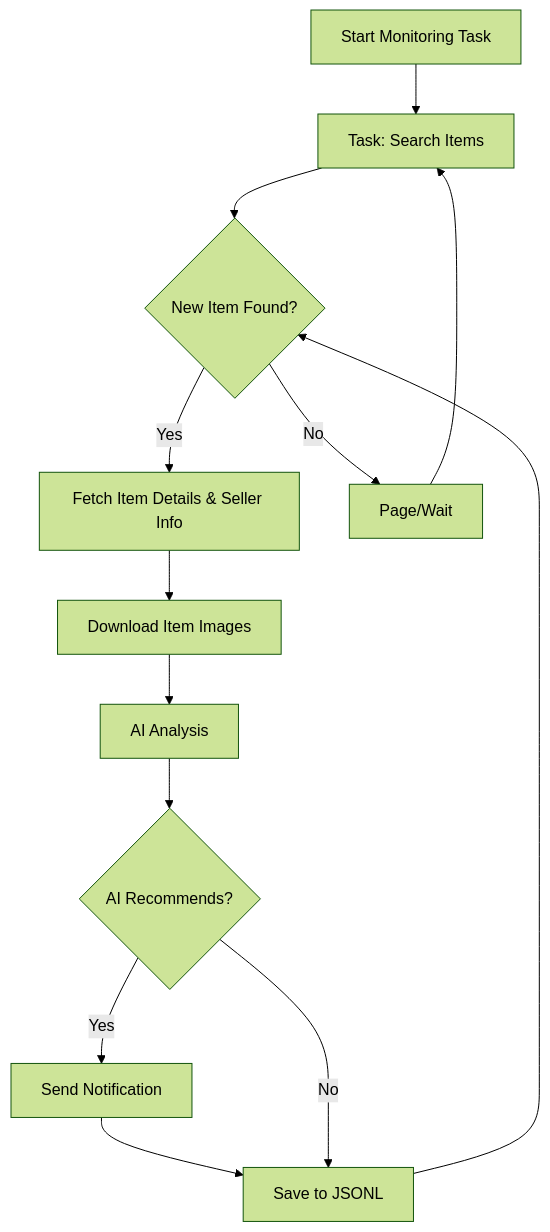
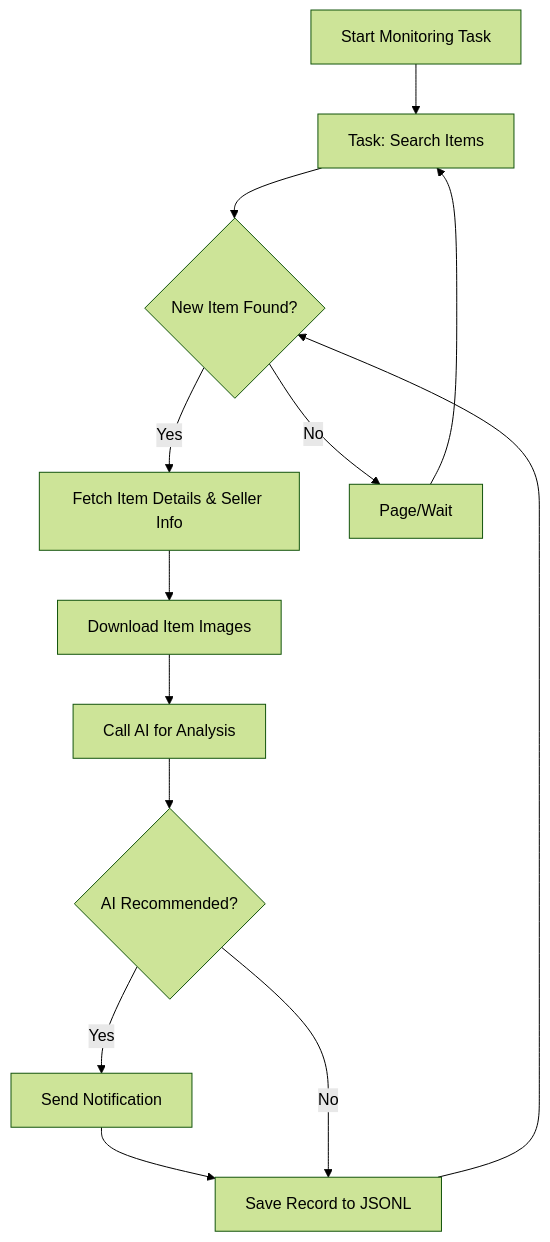
The diagram in docs/dingyufei615-ai-goofish-monitor.md (saurav-z/repo-docs), drawn with Mermaid (forest theme) before and after one commit. The commit also changed other lines of this file and 209 other files, not shown here.

````diff
--- a/docs/dingyufei615-ai-goofish-monitor.md
+++ b/docs/dingyufei615-ai-goofish-monitor.md
@@ -142,15 +180,15 @@
 ```mermaid
 graph TD
     A[Start Monitoring Task] --> B[Task: Search Items];
     B --> C{New Item Found?};
     C -- Yes --> D[Fetch Item Details & Seller Info];
     D --> E[Download Item Images];
-    E --> F[AI Analysis];
-    F --> G{AI Recommends?};
+    E --> F[Call AI for Analysis];
+    F --> G{AI Recommended?};
     G -- Yes --> H[Send Notification];
-    H --> I[Save to JSONL];
+    H --> I[Save Record to JSONL];
     G -- No --> I;
     C -- No --> J[Page/Wait];
     J --> B;
     I --> C;
 ```
````
